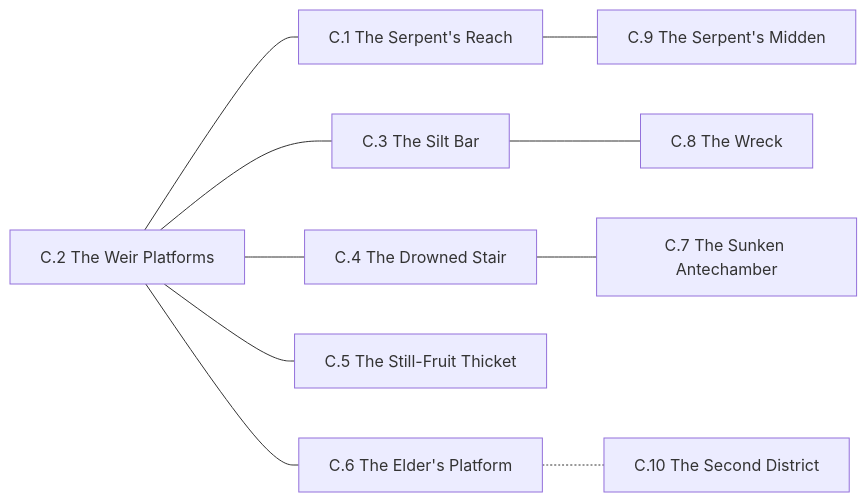
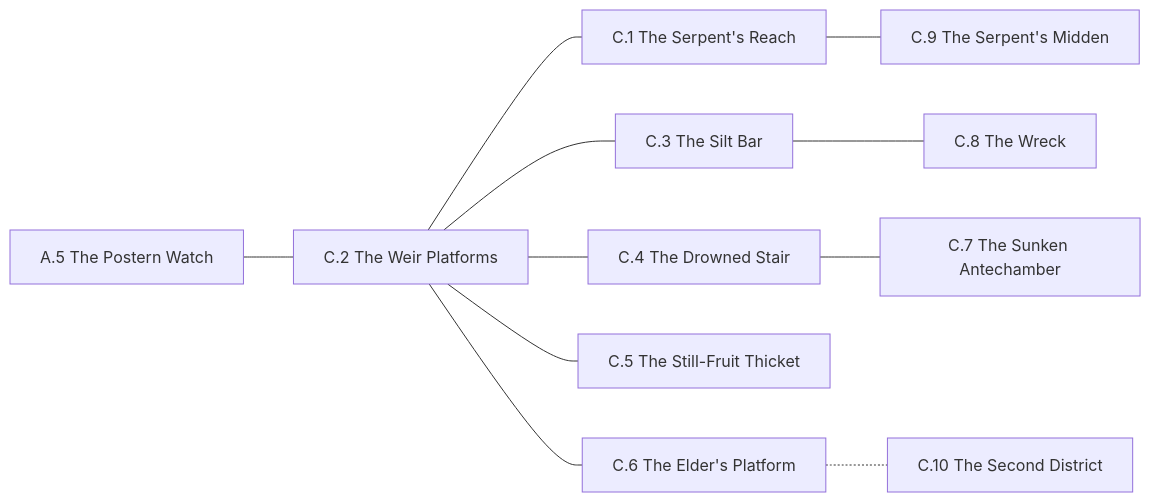
One commit to rstevenson1237/setting_builder changed the diagram in setting/region/C/Connections.mmd. Above: the diagram before and after it, drawn with Mermaid. The commit also changed other lines of this file and 9 other files, not shown here.

````diff
--- a/setting/region/C/Connections.mmd
+++ b/setting/region/C/Connections.mmd
@@ -1,12 +1,13 @@
 ```mermaid
 graph LR
     C2["C.2 The Weir Platforms"] --- C1["C.1 The Serpent's Reach"]
     C2 --- C3["C.3 The Silt Bar"]
     C2 --- C4["C.4 The Drowned Stair"]
     C2 --- C5["C.5 The Still-Fruit Thicket"]
     C2 --- C6["C.6 The Elder's Platform"]
     C4 --- C7["C.7 The Sunken Antechamber"]
     C3 --- C8["C.8 The Wreck"]
     C1 --- C9["C.9 The Serpent's Midden"]
     C6 -.- C10["C.10 The Second District"]
+    A5["A.5 The Postern Watch"] --- C2
 ```
````
